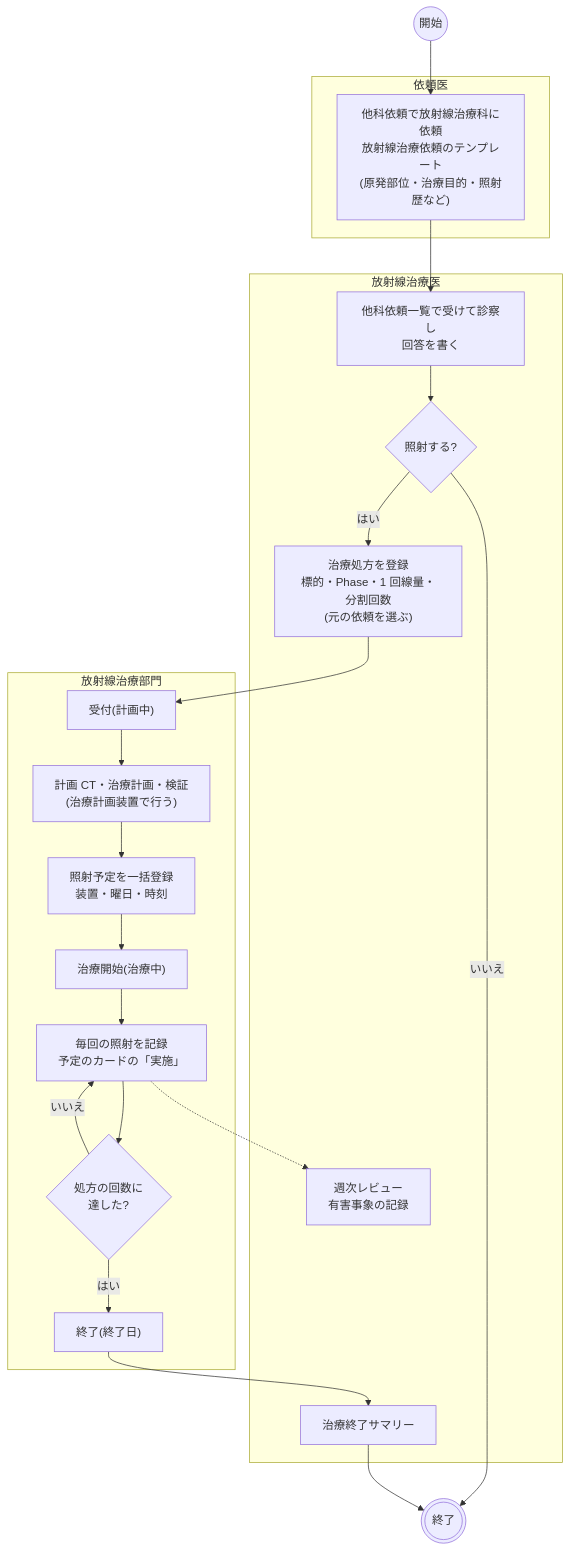
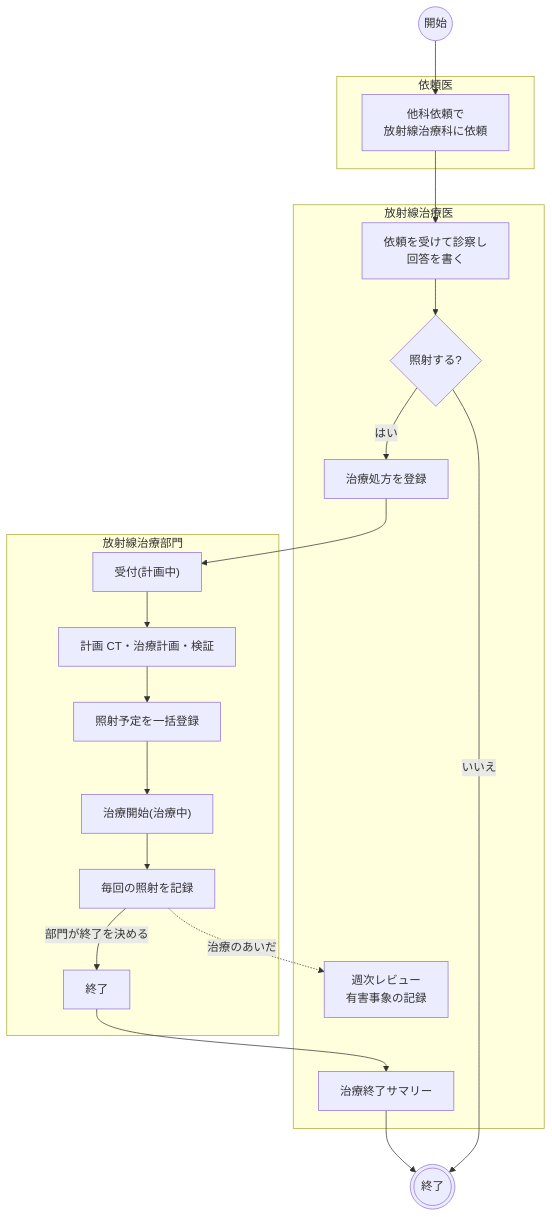
One commit to ysnr-dev/fhir-client-docs changed the first of 6 diagrams in docs/flows/radiotherapy.md. Above: the diagram before and after it, drawn with Mermaid. The commit also changed other lines of this file and 43 other files, not shown here.

Commit message:
docs: 業務フローとシーケンス図を写し直し

````diff
--- a/docs/flows/radiotherapy.md
+++ b/docs/flows/radiotherapy.md
@@ -49,34 +14,32 @@
 ```mermaid
 flowchart TD
   start(("開始"))
   finish((("終了")))
 
   subgraph clinician["依頼医"]
-    consult["他科依頼で放射線治療科に依頼<br/>放射線治療依頼のテンプレート<br/>(原発部位・治療目的・照射歴など)"]
+    consult["他科依頼で<br/>放射線治療科に依頼"]
   end
 
   subgraph rtdoc["放射線治療医"]
-    reply["他科依頼一覧で受けて診察し<br/>回答を書く"]
+    reply["依頼を受けて診察し<br/>回答を書く"]
     treat{"照射する?"}
-    order["治療処方を登録<br/>標的・Phase・1 回線量・分割回数<br/>(元の依頼を選ぶ)"]
+    order["治療処方を登録"]
     review["週次レビュー<br/>有害事象の記録"]
     summary["治療終了サマリー"]
   end
 
   subgraph dept["放射線治療部門"]
     accept["受付(計画中)"]
-    plan["計画 CT・治療計画・検証<br/>(治療計画装置で行う)"]
-    schedule["照射予定を一括登録<br/>装置・曜日・時刻"]
+    plan["計画 CT・治療計画・検証"]
+    schedule["照射予定を一括登録"]
     begin["治療開始(治療中)"]
-    fraction["毎回の照射を記録<br/>予定のカードの「実施」"]
-    enough{"処方の回数に<br/>達した?"}
-    close["終了(終了日)"]
+    fraction["毎回の照射を記録"]
+    close["終了"]
   end
 
   start --> consult --> reply --> treat
   treat -- "いいえ" --> finish
-  treat -- "はい" --> order --> accept --> plan --> schedule --> begin --> fraction --> enough
-  enough -- "いいえ" --> fraction
-  enough -- "はい" --> close --> summary --> finish
-  fraction -.-> review
+  treat -- "はい" --> order --> accept --> plan --> schedule --> begin --> fraction
+  fraction -- "部門が終了を決める" --> close --> summary --> finish
+  fraction -. "治療のあいだ" .-> review
 ```
````
